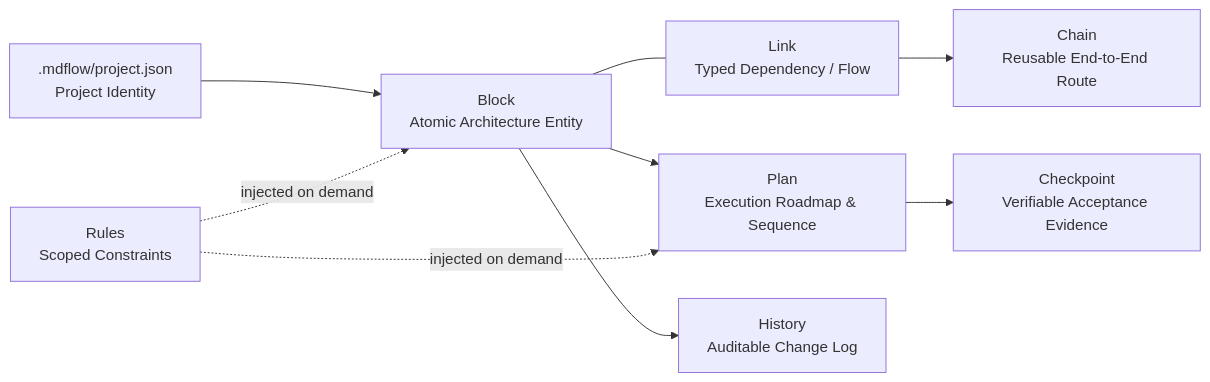
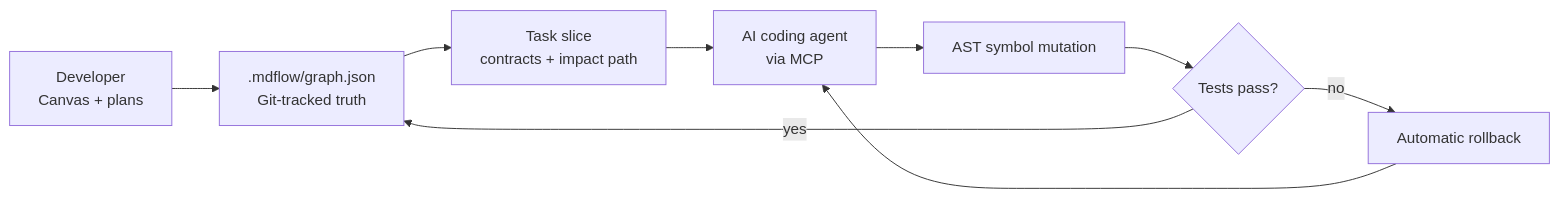
Before and after one commit to yubinbin32-ops/ContextOS: the diagram in README.md, drawn with Mermaid. The commit also changed other lines of this file and 29 other files, not shown here.

Commit message:
release: mdflow v0.3.0 context OS

````diff
--- a/README.md
+++ b/README.md
@@ -161,11 +54,11 @@
 ```mermaid
 flowchart LR
-  Config[".mdflow/project.json\nProject Identity"] --> Block["Block\nAtomic Architecture Entity"]
-  Block --- Link["Link\nTyped Dependency / Flow"]
-  Link --> Chain["Chain\nReusable End-to-End Route"]
-  Block --> Plan["Plan\nExecution Roadmap & Sequence"]
-  Plan --> Checkpoint["Checkpoint\nVerifiable Acceptance Evidence"]
-  Block --> History["History\nAuditable Change Log"]
-  Rule["Rules\nScoped Constraints"] -.injected on demand.-> Plan
-  Rule -.injected on demand.-> Block
+  Human["Developer\nCanvas + plans"] --> Graph[".mdflow/graph.json\nGit-tracked truth"]
+  Graph --> Context["Task slice\ncontracts + impact path"]
+  Context --> Agent["AI coding agent\nvia MCP"]
+  Agent --> Mutation["AST symbol mutation"]
+  Mutation --> Verify{"Tests pass?"}
+  Verify -->|yes| Graph
+  Verify -->|no| Rollback["Automatic rollback"]
+  Rollback --> Agent
 ```
````
